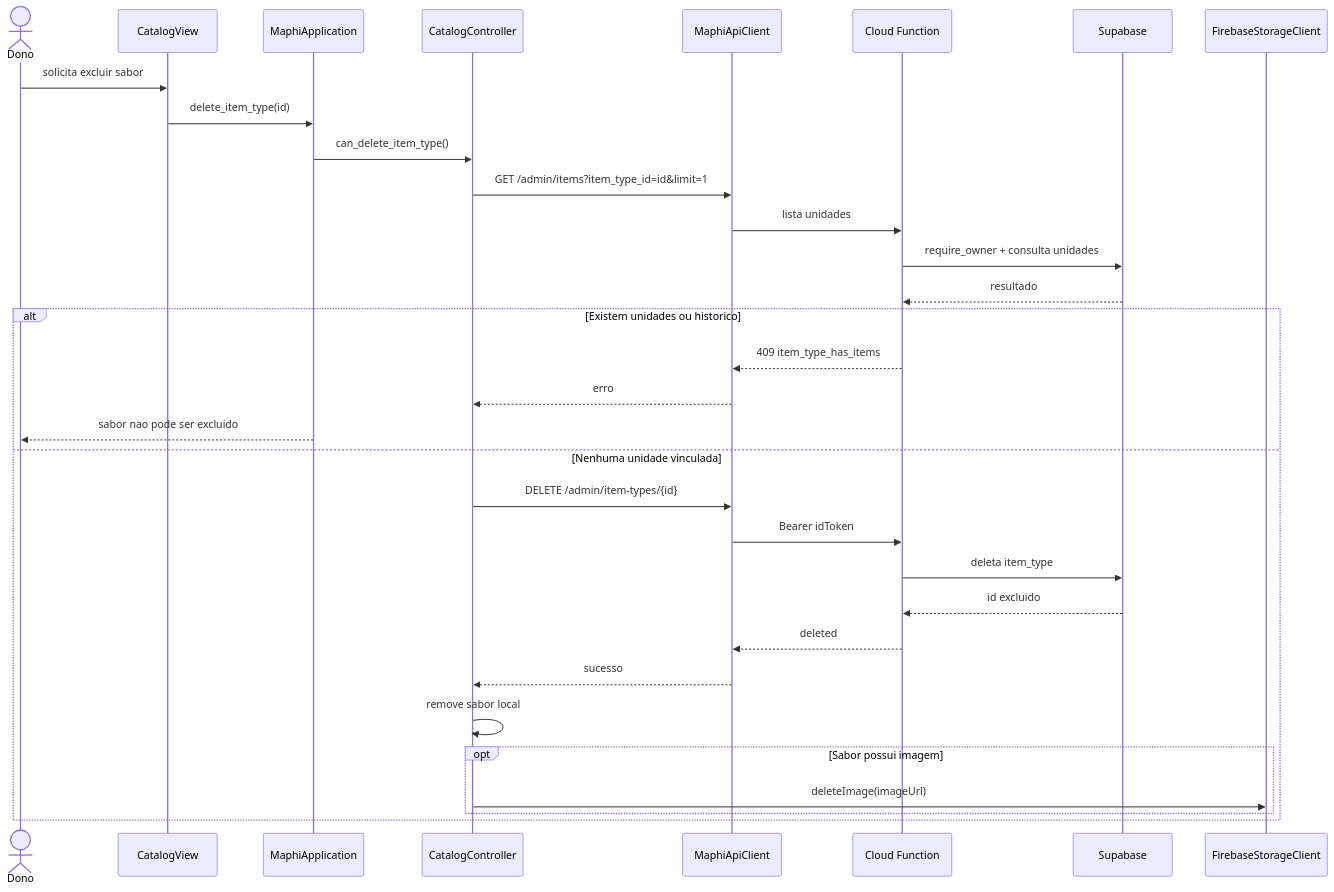
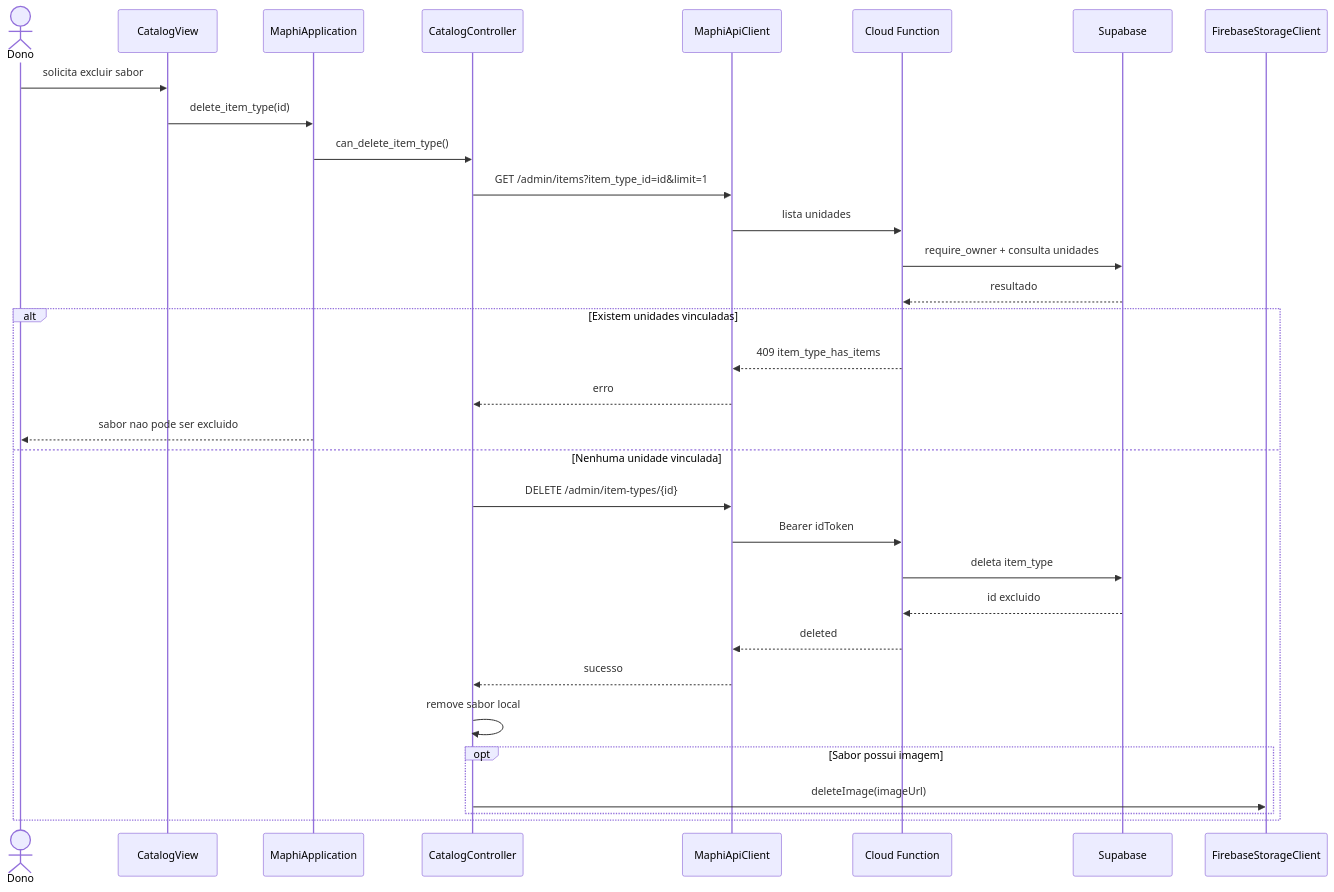
Before and after one commit to Philipi2003/maphi_vendas_mvp: diagram 13 of 18 in context/diagramas_de_sequencia.md, drawn with Mermaid. The commit also changed other lines of this file and 2 other files, not shown here.

````diff
--- a/context/diagramas_de_sequencia.md
+++ b/context/diagramas_de_sequencia.md
@@ -553,35 +559,35 @@
 ```mermaid
 sequenceDiagram
     actor Dono
     participant View as CatalogView
     participant App as MaphiApplication
     participant Catalog as CatalogController
     participant API as MaphiApiClient
     participant Cloud as Cloud Function
     participant DB as Supabase
     participant Storage as FirebaseStorageClient
 
     Dono->>View: solicita excluir sabor
     View->>App: delete_item_type(id)
     App->>Catalog: can_delete_item_type()
     Catalog->>API: GET /admin/items?item_type_id=id&limit=1
     API->>Cloud: lista unidades
     Cloud->>DB: require_owner + consulta unidades
     DB-->>Cloud: resultado
-    alt Existem unidades ou historico
+    alt Existem unidades vinculadas
         Cloud-->>API: 409 item_type_has_items
         API-->>Catalog: erro
         App-->>Dono: sabor nao pode ser excluido
     else Nenhuma unidade vinculada
         Catalog->>API: DELETE /admin/item-types/{id}
         API->>Cloud: Bearer idToken
         Cloud->>DB: deleta item_type
         DB-->>Cloud: id excluido
         Cloud-->>API: deleted
         API-->>Catalog: sucesso
         Catalog->>Catalog: remove sabor local
         opt Sabor possui imagem
             Catalog->>Storage: deleteImage(imageUrl)
         end
     end
 ```
````
